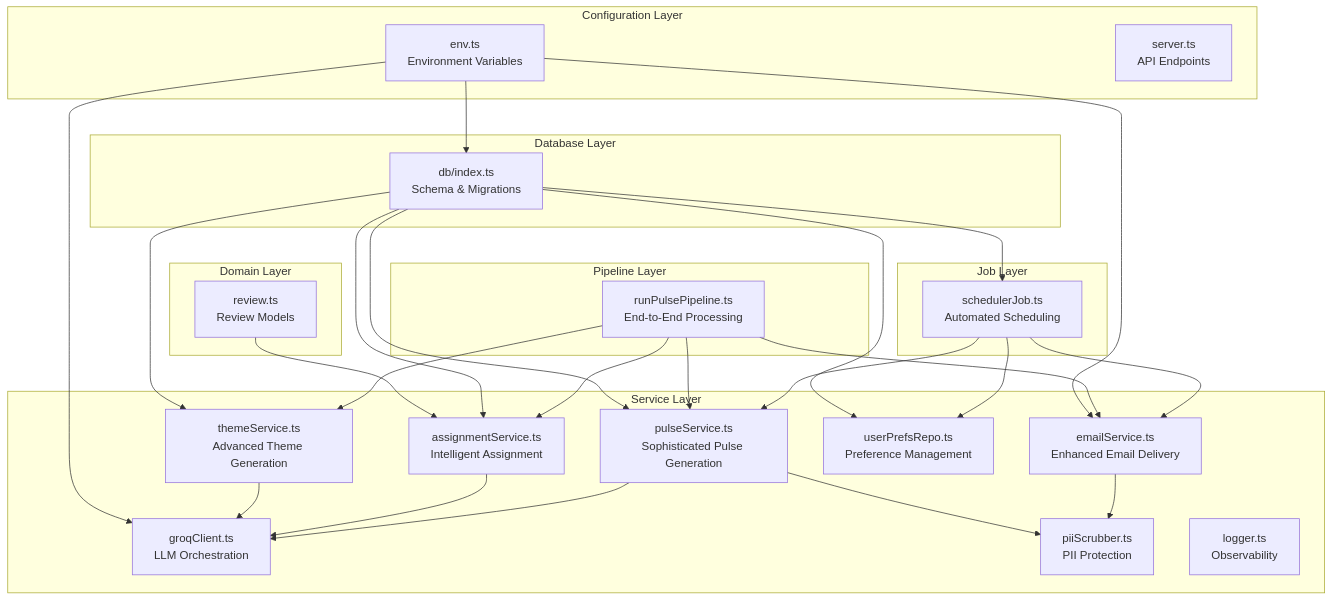
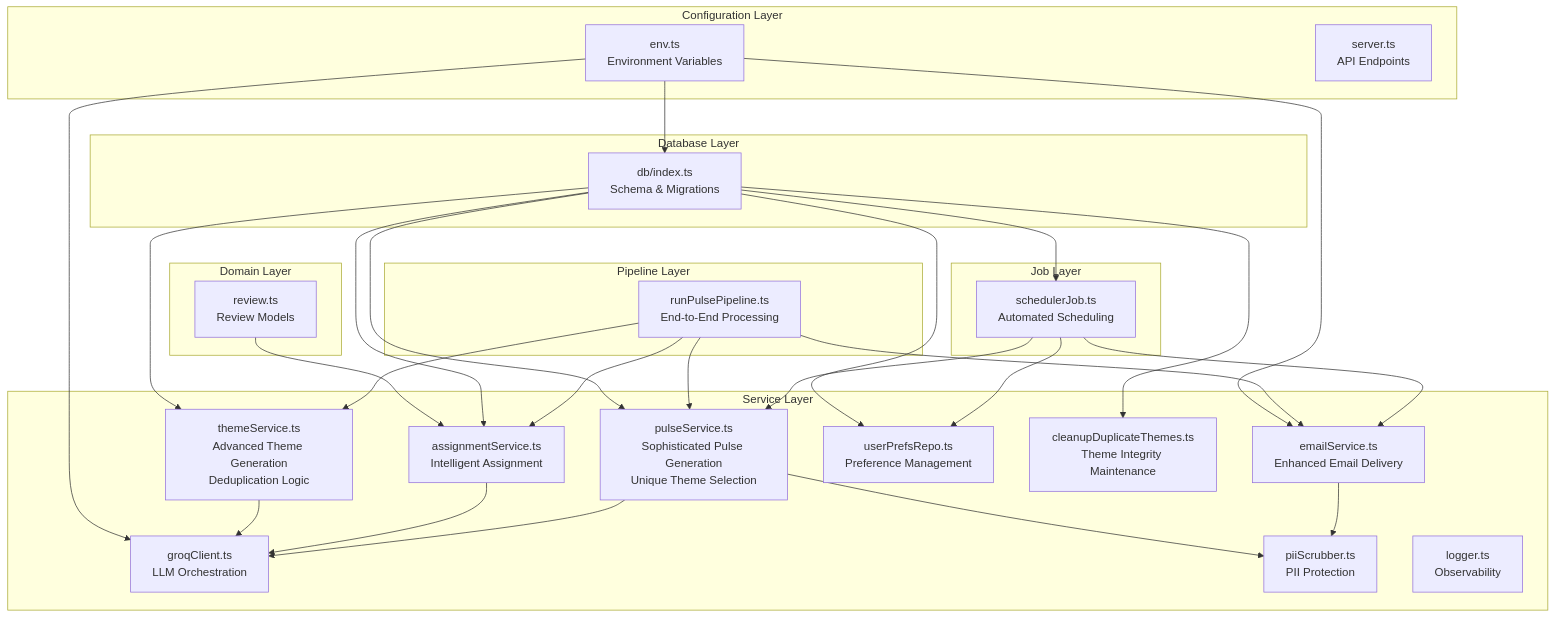
One commit to aravinthraj-ramalingam/Groww-App-Review-Insights-Analyzer- changed the first of 10 diagrams in .qoder/repowiki/en/content/Phase 2_ Advanced Analytics & Automation/Weekly Pulse Generation.md. Above: the diagram before and after it, drawn with Mermaid. The commit also changed other lines of this file and 5 other files, not shown here.

````diff
--- a/.qoder/repowiki/en/content/Phase 2_ Advanced Analytics & Automation/Weekly Pulse Generation.md
+++ b/.qoder/repowiki/en/content/Phase 2_ Advanced Analytics & Automation/Weekly Pulse Generation.md
@@ -57,50 +64,52 @@
 ```mermaid
 graph TB
 subgraph "Configuration Layer"
 ENV["env.ts<br/>Environment Variables"]
 ENDPOINT["server.ts<br/>API Endpoints"]
 end
 subgraph "Domain Layer"
 REVIEW["review.ts<br/>Review Models"]
 end
 subgraph "Database Layer"
 DBIDX["db/index.ts<br/>Schema & Migrations"]
 end
 subgraph "Service Layer"
-THEME["themeService.ts<br/>Advanced Theme Generation"]
+THEME["themeService.ts<br/>Advanced Theme Generation<br/>Deduplication Logic"]
 ASSIGN["assignmentService.ts<br/>Intelligent Assignment"]
-PULSE["pulseService.ts<br/>Sophisticated Pulse Generation"]
+PULSE["pulseService.ts<br/>Sophisticated Pulse Generation<br/>Unique Theme Selection"]
 EMAIL["emailService.ts<br/>Enhanced Email Delivery"]
 PREFS["userPrefsRepo.ts<br/>Preference Management"]
 GROQ["groqClient.ts<br/>LLM Orchestration"]
 SCRUB["piiScrubber.ts<br/>PII Protection"]
 LOG["logger.ts<br/>Observability"]
+CLEAN["cleanupDuplicateThemes.ts<br/>Theme Integrity Maintenance"]
 end
 subgraph "Job Layer"
 SCHED["schedulerJob.ts<br/>Automated Scheduling"]
 end
 subgraph "Pipeline Layer"
 PIPE["runPulsePipeline.ts<br/>End-to-End Processing"]
 end
 ENV --> DBIDX
 ENV --> GROQ
 ENV --> EMAIL
 REVIEW --> ASSIGN
 DBIDX --> THEME
 DBIDX --> ASSIGN
 DBIDX --> PULSE
 DBIDX --> PREFS
 DBIDX --> SCHED
+DBIDX --> CLEAN
 PIPE --> THEME
 PIPE --> ASSIGN
 PIPE --> PULSE
 PIPE --> EMAIL
 THEME --> GROQ
 ASSIGN --> GROQ
 PULSE --> GROQ
 PULSE --> SCRUB
 EMAIL --> SCRUB
 SCHED --> PULSE
 SCHED --> EMAIL
 SCHED --> PREFS
 ```
````
